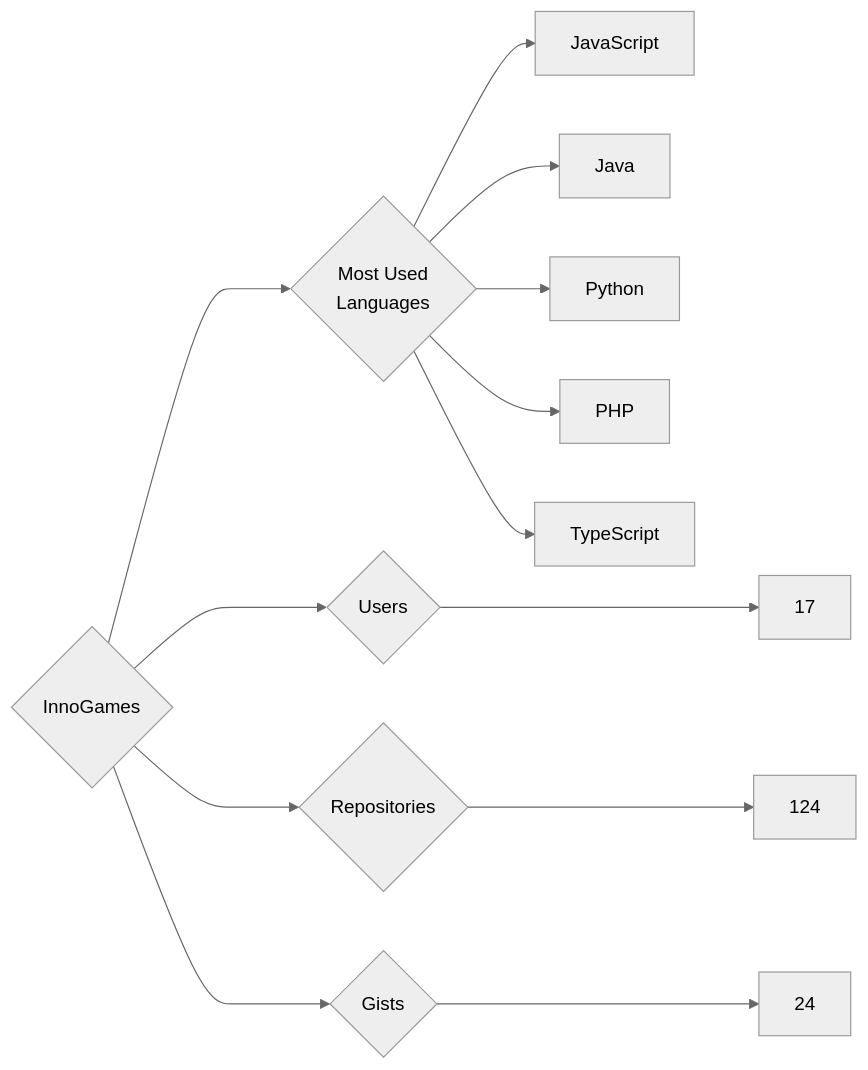
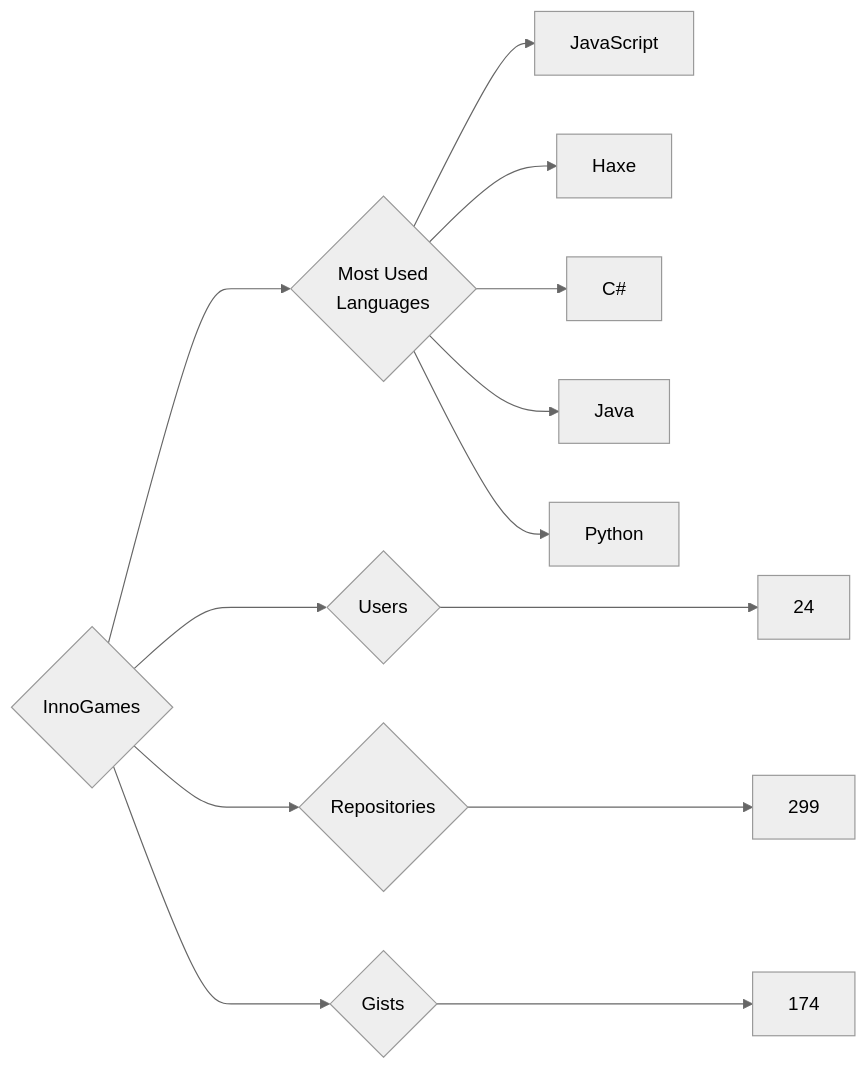
Before and after one commit to trickest/insiders: the diagram in targets/InnoGames/README.md, drawn with Mermaid (neutral theme). The commit also changed 951 other files, not shown here.

````diff
--- a/targets/InnoGames/README.md
+++ b/targets/InnoGames/README.md
@@ -3,13 +3,13 @@
 ```mermaid
 graph LR
 COMPANY_NAME{InnoGames}
-COMPANY_NAME ---> U{Users} ---> UN[17]
-COMPANY_NAME ---> R{Repositories} ---> RN[124]
-COMPANY_NAME ---> G{Gists} ---> GN[24]
+COMPANY_NAME ---> U{Users} ---> UN[24]
+COMPANY_NAME ---> R{Repositories} ---> RN[299]
+COMPANY_NAME ---> G{Gists} ---> GN[174]
 COMPANY_NAME ---> ML{Most Used<br>Languages}
-ML --> JavaScript
-ML --> Java
-ML --> Python
-ML --> PHP
-ML --> TypeScript
+ML --> JavaScript[JavaScript]
+ML --> Haxe[Haxe]
+ML --> C#[C#]
+ML --> Java[Java]
+ML --> Python[Python]
 ```
````
